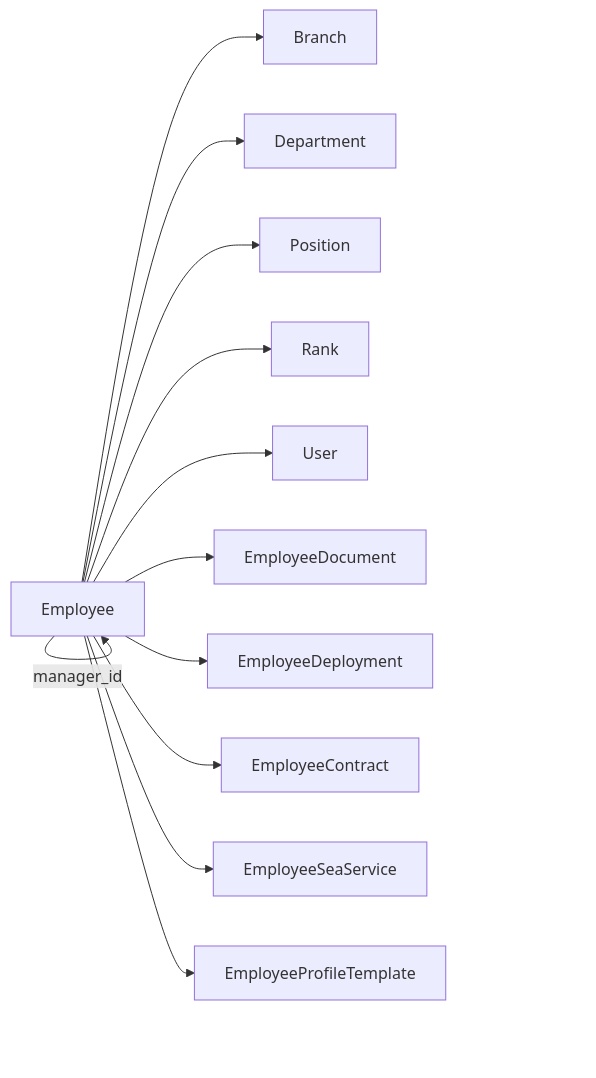
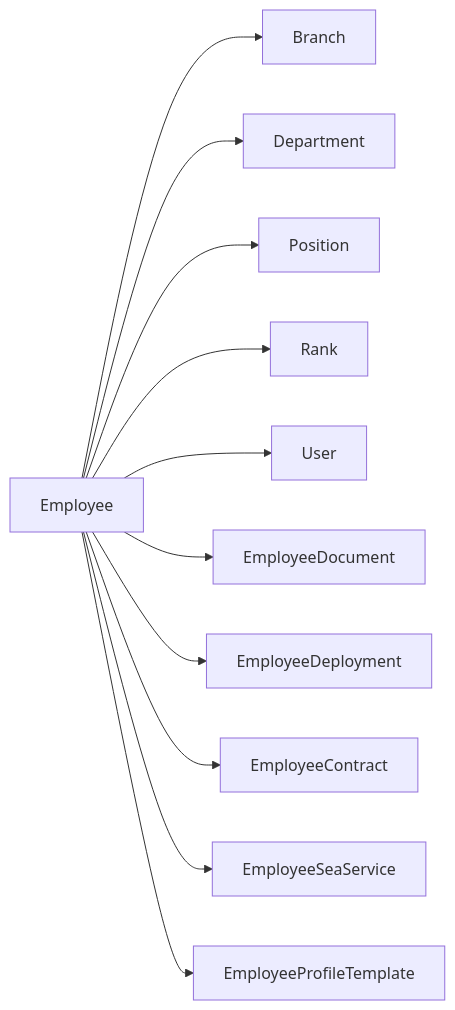
Before and after one commit to rabil007/HRM: the fourth of 8 diagrams in docs/architecture/domains.md, drawn with Mermaid. The commit also changed other lines of this file and 64 other files, not shown here.

````diff
--- a/docs/architecture/domains.md
+++ b/docs/architecture/domains.md
@@ -344,14 +348,13 @@
 ```mermaid
 flowchart LR
     Employee --> Branch
     Employee --> Department
     Employee --> Position
     Employee --> Rank
     Employee --> User
     Employee --> EmployeeDocument
     Employee --> EmployeeDeployment
     Employee --> EmployeeContract
     Employee --> EmployeeSeaService
     Employee --> EmployeeProfileTemplate
-    Employee -->|manager_id| Employee
 ```
````
